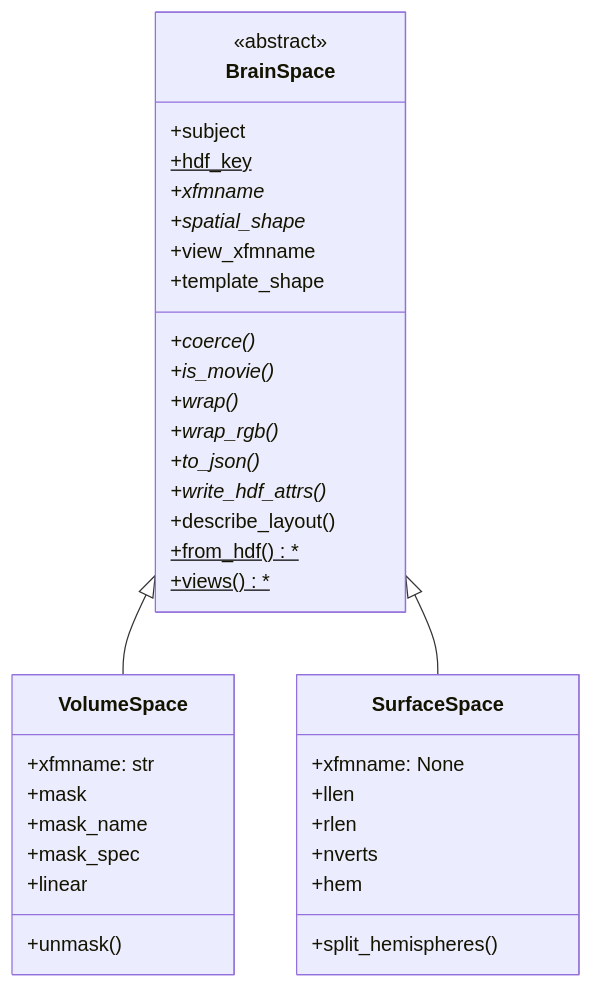
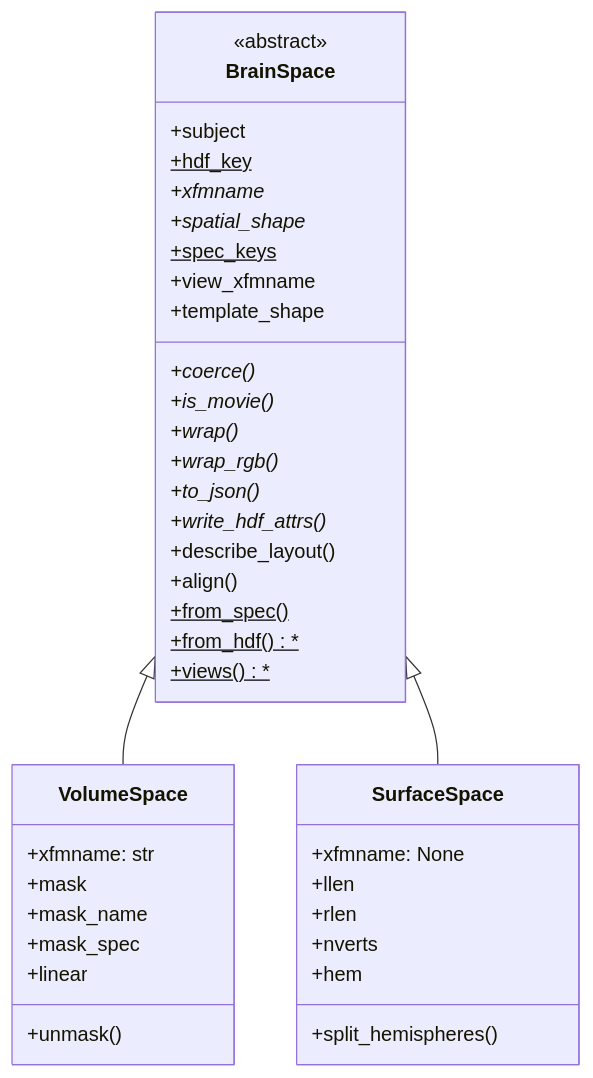
The second of 2 diagrams in cortex/dataset/INHERITANCE.md (kroq-gar78/pycortex), drawn with Mermaid before and after one commit. The commit also changed other lines of this file, not shown here.

````diff
--- a/cortex/dataset/INHERITANCE.md
+++ b/cortex/dataset/INHERITANCE.md
@@ -221,40 +231,43 @@
 ```mermaid
 classDiagram
     direction TB
     class BrainSpace {
         <<abstract>>
         +subject
         +hdf_key$
         +xfmname*
         +coerce()*
         +is_movie()*
         +spatial_shape*
         +wrap()*
         +wrap_rgb()*
         +to_json()*
         +write_hdf_attrs()*
+        +spec_keys$
         +view_xfmname
         +template_shape
         +describe_layout()
+        +align()
+        +from_spec()$
         +from_hdf()$*
         +views()$*
     }
     class VolumeSpace {
         +xfmname: str
         +mask
         +mask_name
         +mask_spec
         +linear
         +unmask()
     }
     class SurfaceSpace {
         +xfmname: None
         +llen
         +rlen
         +nverts
         +hem
         +split_hemispheres()
     }
     BrainSpace <|-- VolumeSpace
     BrainSpace <|-- SurfaceSpace
 ```
````
